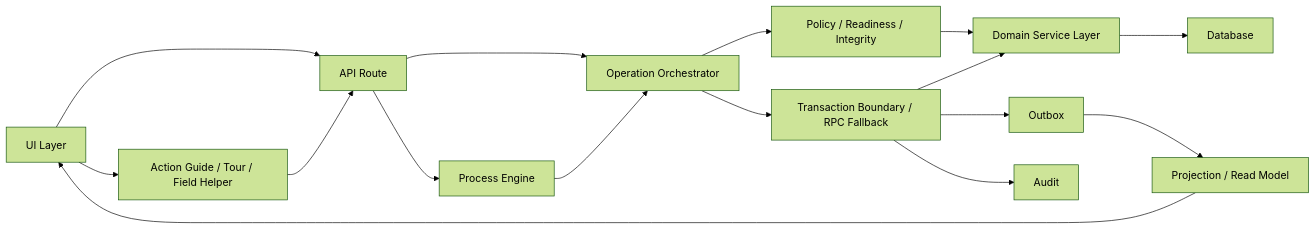
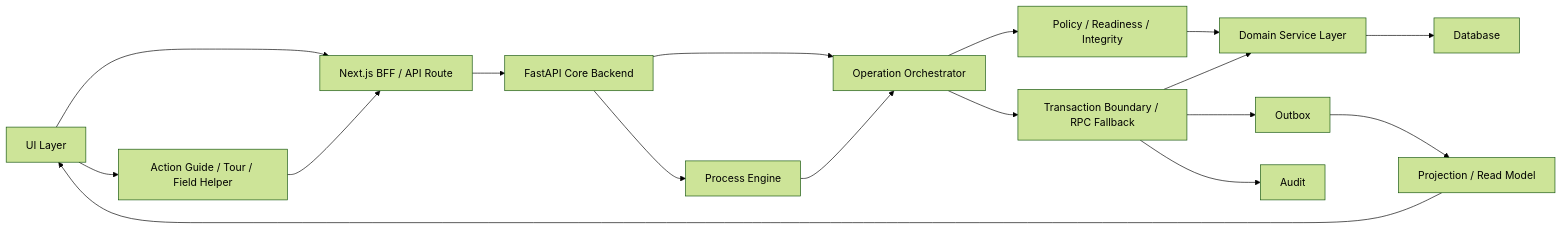
Before and after one commit to ismailthedrizzt/eden-erp: the diagram in docs/architecture/EdenERPPlatformArchitecture.md, drawn with Mermaid (forest theme). The commit also changed other lines of this file and 88 other files, not shown here.

Commit message:
Prepare FastAPI backend migration

````diff
--- a/docs/architecture/EdenERPPlatformArchitecture.md
+++ b/docs/architecture/EdenERPPlatformArchitecture.md
@@ -32,31 +39,33 @@
 ```mermaid
 flowchart LR
   UI["UI Layer"]
   Help["Action Guide / Tour / Field Helper"]
-  API["API Route"]
+  API["Next.js BFF / API Route"]
+  FastAPI["FastAPI Core Backend"]
   Process["Process Engine"]
   Orchestrator["Operation Orchestrator"]
   Policy["Policy / Readiness / Integrity"]
   Domain["Domain Service Layer"]
   Boundary["Transaction Boundary / RPC Fallback"]
   DB["Database"]
   Outbox["Outbox"]
   Projection["Projection / Read Model"]
   Audit["Audit"]
 
   UI --> Help
   UI --> API
   Help --> API
-  API --> Process
-  API --> Orchestrator
+  API --> FastAPI
+  FastAPI --> Process
+  FastAPI --> Orchestrator
   Process --> Orchestrator
   Orchestrator --> Policy
   Policy --> Domain
   Orchestrator --> Boundary
   Boundary --> Domain
   Domain --> DB
   Boundary --> Outbox
   Boundary --> Audit
   Outbox --> Projection
   Projection --> UI
 ```
````
